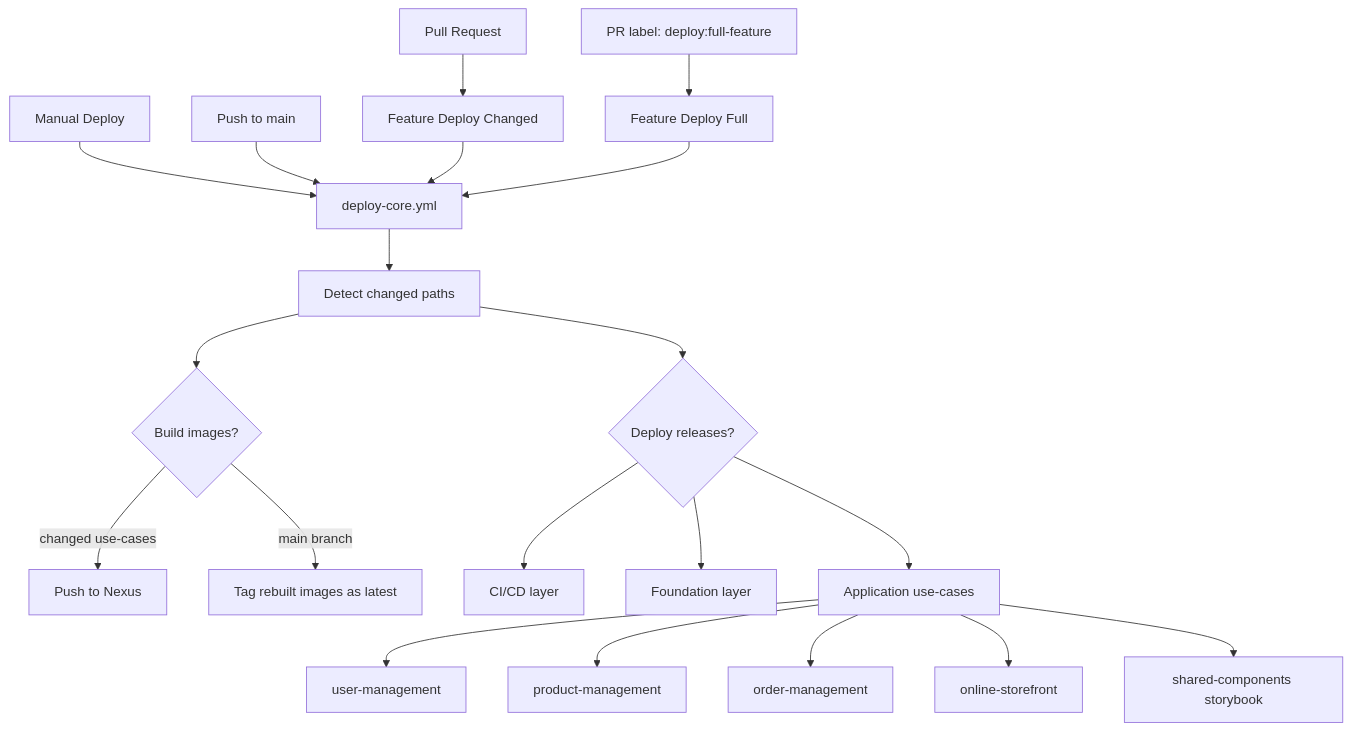
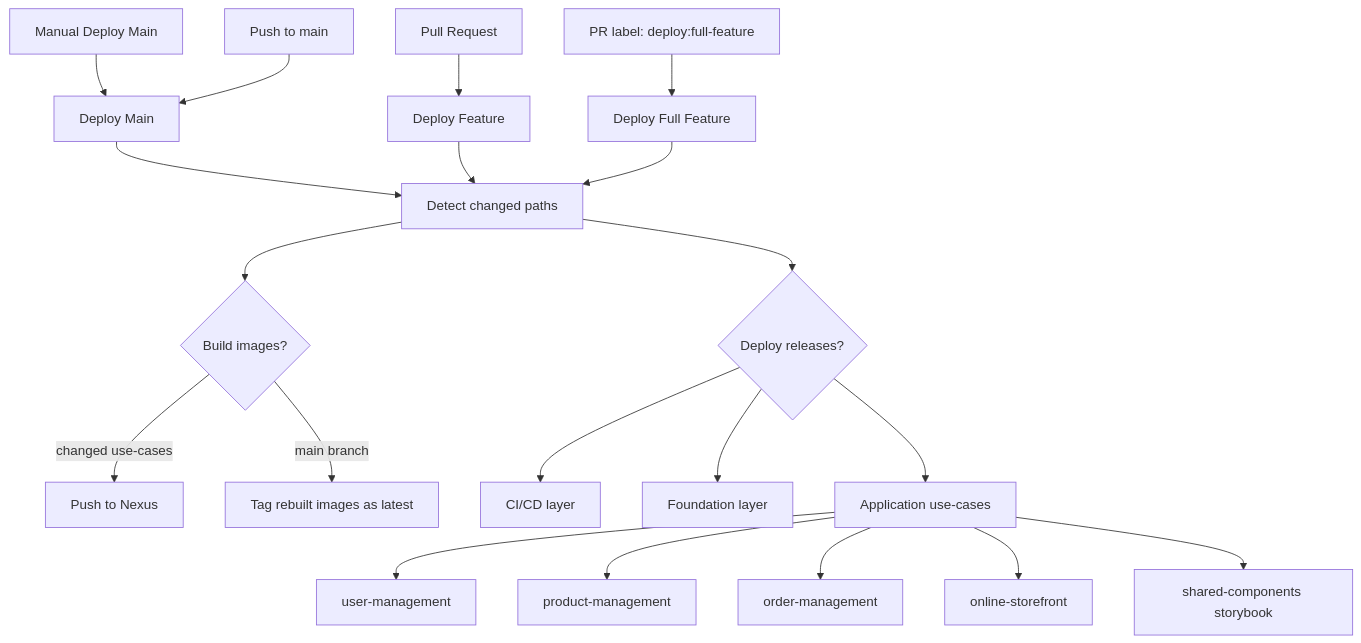
Before and after one commit to tmossDev/eco-system: the diagram in .github/README.md, drawn with Mermaid. The commit also changed other lines of this file and 6 other files, not shown here.

````diff
--- a/.github/README.md
+++ b/.github/README.md
@@ -28,26 +26,26 @@
 ```mermaid
 flowchart TD
-  manual[Manual Deploy] --> core[deploy-core.yml]
-  main[Push to main] --> core
-  prChanged[Pull Request] --> changed[Feature Deploy Changed]
-  prFull[PR label: deploy:full-feature] --> full[Feature Deploy Full]
-  changed --> core
-  full --> core
+  manual[Manual Deploy Main] --> main[Deploy Main]
+  push[Push to main] --> main
+  prChanged[Pull Request] --> changed[Deploy Feature]
+  prFull[PR label: deploy:full-feature] --> full[Deploy Full Feature]
 
-  core --> detect[Detect changed paths]
+  main --> detect[Detect changed paths]
+  changed --> detect
+  full --> detect
   detect --> build{Build images?}
   detect --> deploy{Deploy releases?}
 
   build -->|changed use-cases| nexus[Push to Nexus]
   build -->|main branch| latest[Tag rebuilt images as latest]
 
   deploy --> cicd[CI/CD layer]
   deploy --> foundation[Foundation layer]
   deploy --> app[Application use-cases]
 
   app --> user[user-management]
   app --> product[product-management]
   app --> order[order-management]
   app --> store[online-storefront]
   app --> storybook[shared-components storybook]
 ```
````
